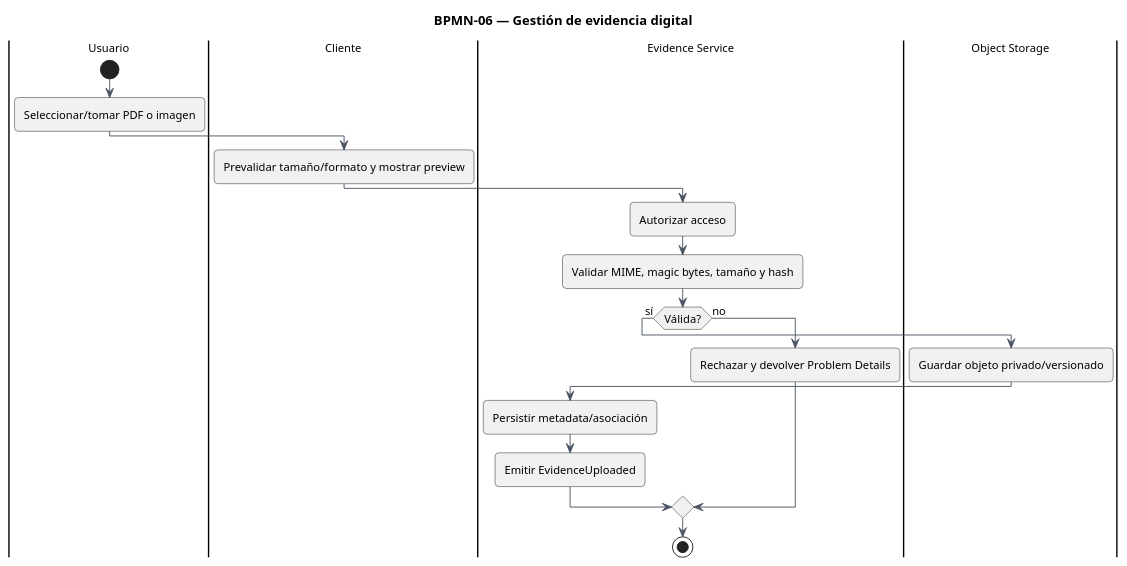
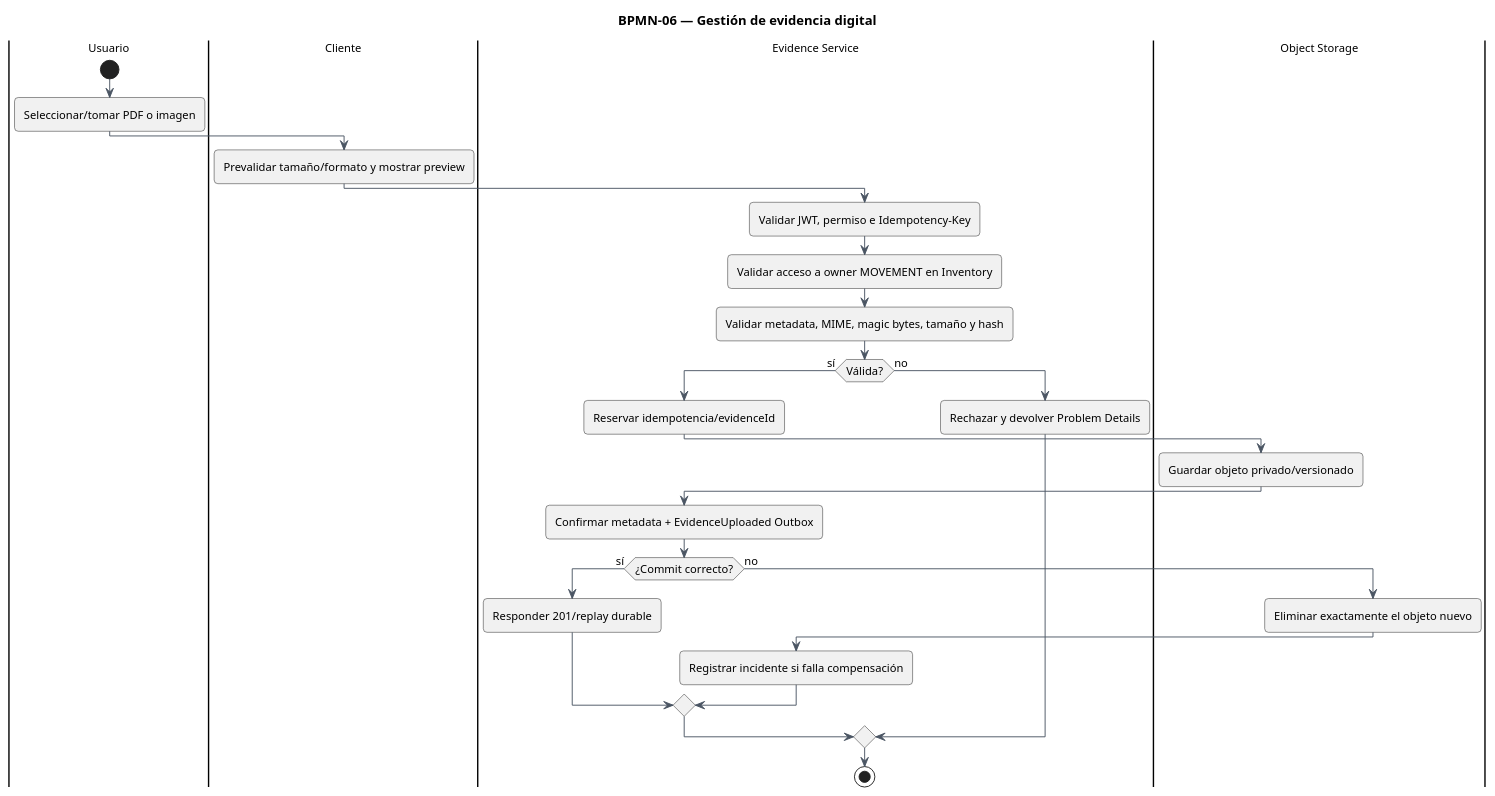
Before and after one commit to Emma3TC-main/siga-documentation: the diagram in SIGA_Documentacion_Tecnica_Final_v1.2/diagramas/bpmn/BPMN_06_Evidencia.puml, drawn with PlantUML. The commit also changed 40 other files, not shown here.

```diff
--- a/SIGA_Documentacion_Tecnica_Final_v1.2/diagramas/bpmn/BPMN_06_Evidencia.puml
+++ b/SIGA_Documentacion_Tecnica_Final_v1.2/diagramas/bpmn/BPMN_06_Evidencia.puml
@@ -1,31 +1,40 @@
 @startuml
 skinparam shadowing false
 skinparam roundcorner 8
 skinparam defaultFontName Arial
 skinparam defaultFontSize 12
 skinparam ArrowColor #4B5563
 skinparam BorderColor #374151
 skinparam BackgroundColor #FFFFFF
 skinparam NoteBackgroundColor #FFF7D6
 skinparam NoteBorderColor #A16207
 
 title BPMN-06 — Gestión de evidencia digital
 |Usuario|
 start
 :Seleccionar/tomar PDF o imagen;
 |Cliente|
 :Prevalidar tamaño/formato y mostrar preview;
 |Evidence Service|
-:Autorizar acceso;
-:Validar MIME, magic bytes, tamaño y hash;
+:Validar JWT, permiso e Idempotency-Key;
+:Validar acceso a owner MOVEMENT en Inventory;
+:Validar metadata, MIME, magic bytes, tamaño y hash;
 if (Válida?) then (sí)
+ :Reservar idempotencia/evidenceId;
  |Object Storage|
  :Guardar objeto privado/versionado;
  |Evidence Service|
- :Persistir metadata/asociación;
- :Emitir EvidenceUploaded;
+ :Confirmar metadata + EvidenceUploaded Outbox;
+ if (¿Commit correcto?) then (sí)
+  :Responder 201/replay durable;
+ else (no)
+  |Object Storage|
+  :Eliminar exactamente el objeto nuevo;
+  |Evidence Service|
+  :Registrar incidente si falla compensación;
+ endif
 else (no)
  :Rechazar y devolver Problem Details;
 endif
 stop
 @enduml
```
